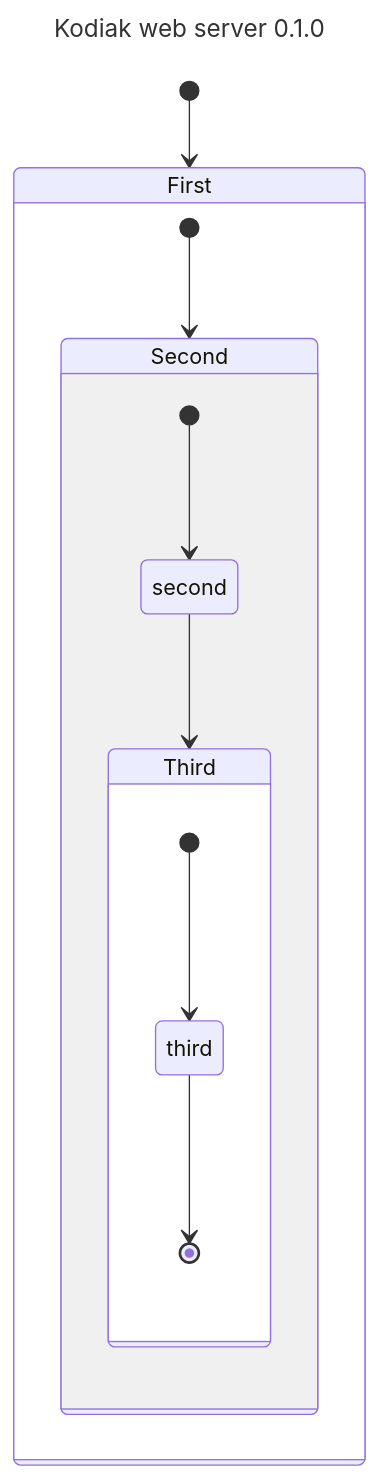
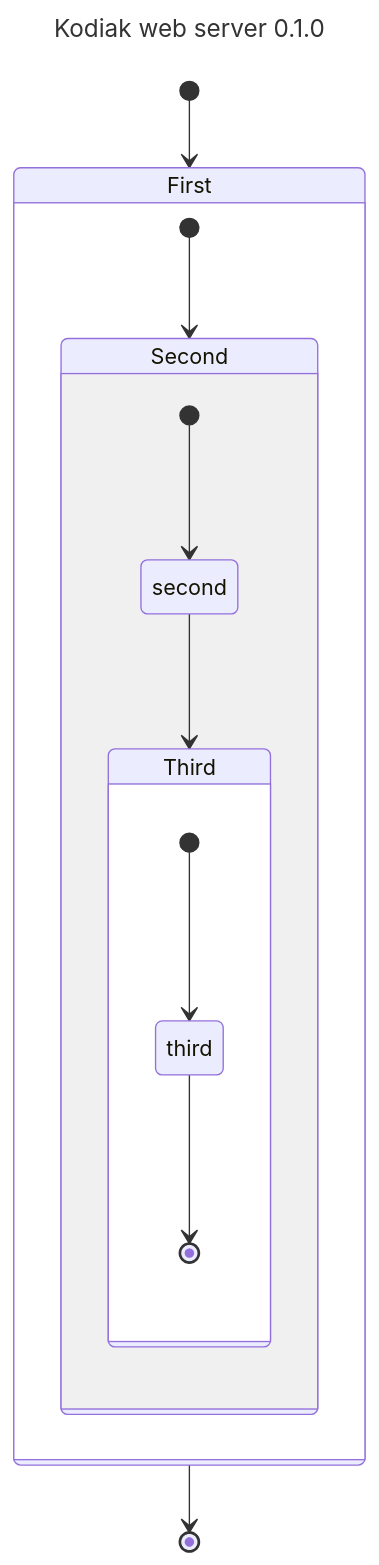
Before and after one commit to polarlabs/kodiak-diagrams: the diagram in web-server/STARTUP-SEQUENCE.md, drawn with Mermaid. The commit also changed other lines of this file, not shown here.

Commit message:
mod: end of sequence.

````diff
--- a/web-server/STARTUP-SEQUENCE.md
+++ b/web-server/STARTUP-SEQUENCE.md
@@ -3,21 +5,23 @@
 ```mermaid
 ---
 title: Kodiak web server 0.1.0
 ---
 stateDiagram-v2
     [*] --> First
 
     state First {
         [*] --> Second
 
         state Second {
             [*] --> second
             second --> Third
 
             state Third {
                 [*] --> third
                 third --> [*]
             }
         }
     }
+    
+    First --> [*]
 ```
````
